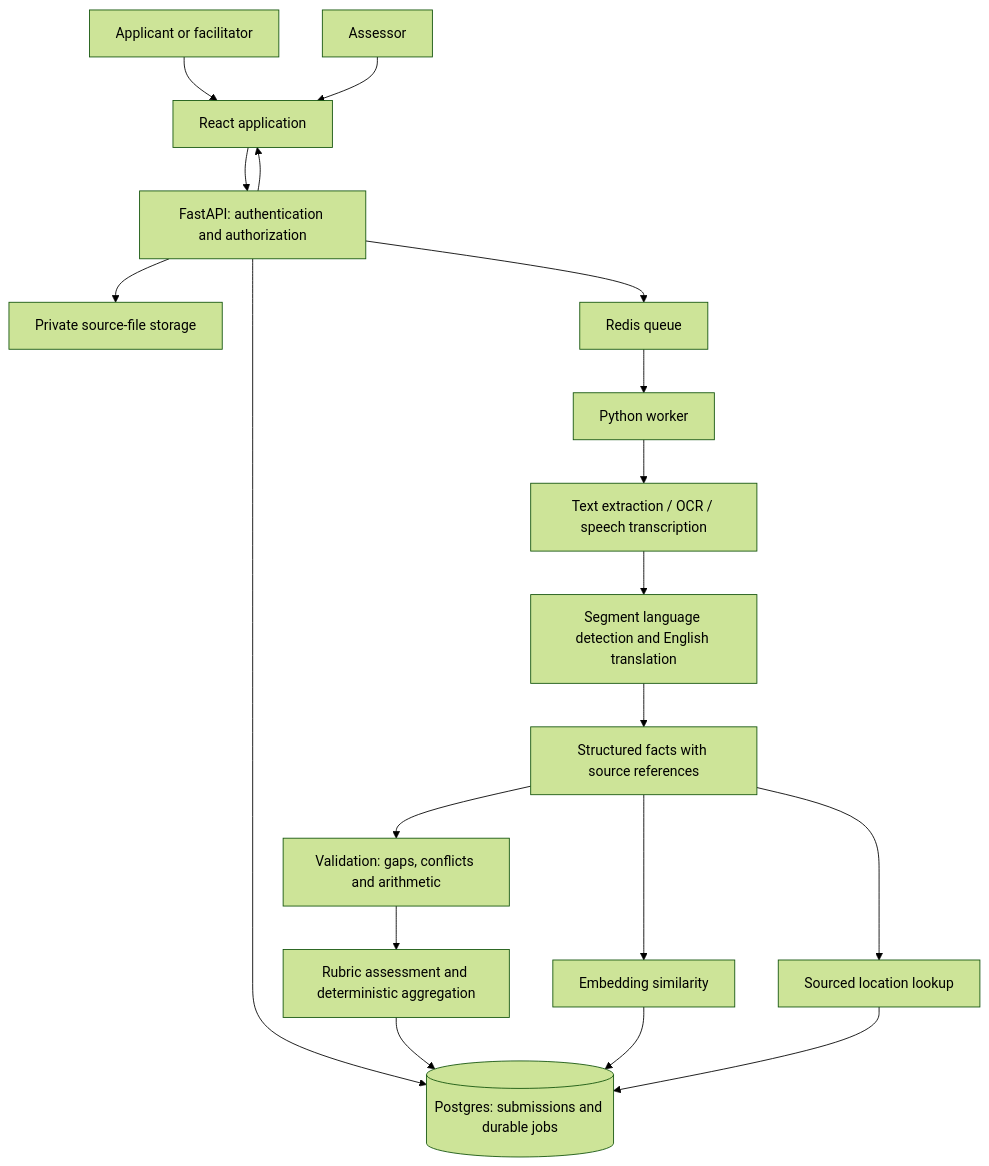
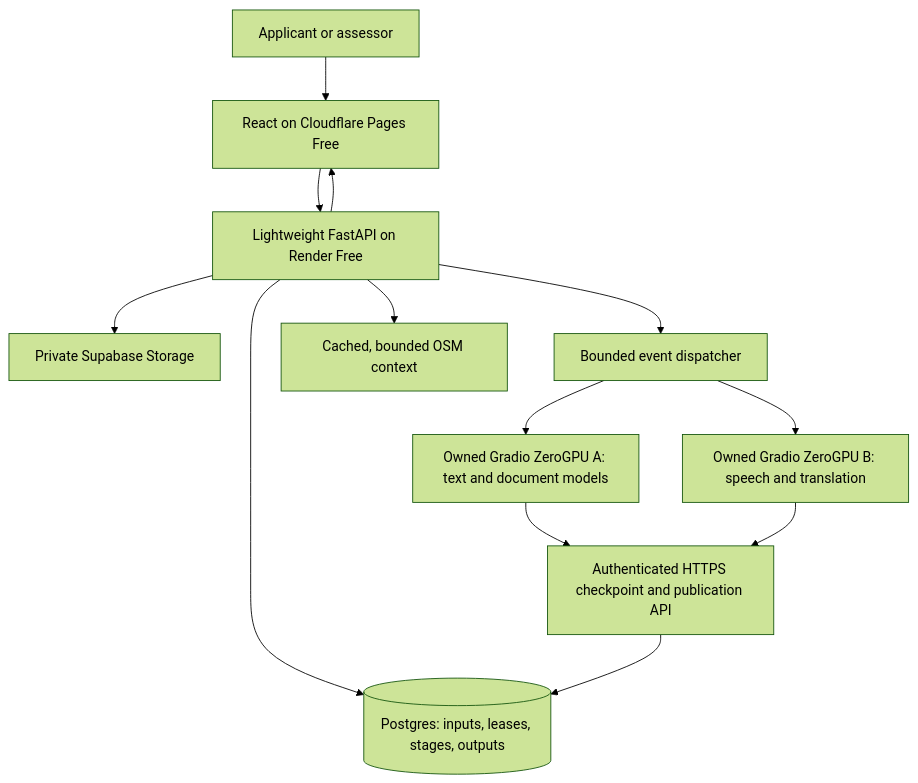
The diagram in planning/IMPLEMENTATION_PLAN.md (kushal-s0/odyssey), drawn with Mermaid (forest theme) before and after one commit. The commit also changed other lines of this file and 264 other files, not shown here.

````diff
--- a/planning/IMPLEMENTATION_PLAN.md
+++ b/planning/IMPLEMENTATION_PLAN.md
@@ -108,21 +105,15 @@
 ```mermaid
 flowchart TD
-  U[Applicant or facilitator] --> W[React application]
-  R[Assessor] --> W
-  W --> A[FastAPI: authentication and authorization]
-  A --> S[Private source-file storage]
-  A --> D[(Postgres: submissions and durable jobs)]
-  A --> Q[Redis queue]
-  Q --> J[Python worker]
-  J --> X[Text extraction / OCR / speech transcription]
-  X --> T[Segment language detection and English translation]
-  T --> N[Structured facts with source references]
-  N --> V[Validation: gaps, conflicts and arithmetic]
-  V --> E[Rubric assessment and deterministic aggregation]
-  N --> M[Embedding similarity]
-  N --> L[Sourced location lookup]
-  E --> D
-  M --> D
-  L --> D
+  U[Applicant or assessor] --> W[React on Cloudflare Pages Free]
+  W --> A[Lightweight FastAPI on Render Free]
+  A --> S[Private Supabase Storage]
+  A --> D[(Postgres: inputs, leases, stages, outputs)]
+  A --> Q[Bounded event dispatcher]
+  Q --> R1[Owned Gradio ZeroGPU A: text and document models]
+  Q --> R2[Owned Gradio ZeroGPU B: speech and translation]
+  R1 --> P[Authenticated HTTPS checkpoint and publication API]
+  R2 --> P
+  P --> D
+  A --> O[Cached, bounded OSM context]
   A --> W
 ```
````
